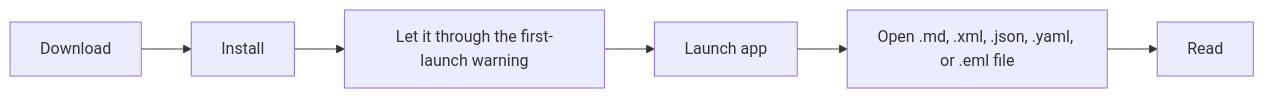
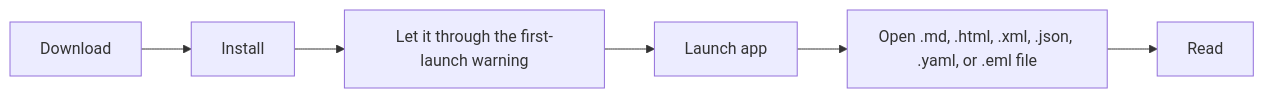
Before and after one commit to ryanallen/leaftext: the diagram in docs/02-installation.md, drawn with Mermaid. The commit also changed other lines of this file and 37 other files, not shown here.

Commit message:
HTML files open and an awaiting front-end check hands the page back

````diff
--- a/docs/02-installation.md
+++ b/docs/02-installation.md
@@ -148,8 +148,8 @@
 ```mermaid
 flowchart LR
     A[Download] --> B[Install]
     B --> C[Let it through the first-launch warning]
     C --> D[Launch app]
-    D --> E[Open .md, .xml, .json, .yaml, or .eml file]
+    D --> E[Open .md, .html, .xml, .json, .yaml, or .eml file]
     E --> F[Read]
 ```
````
